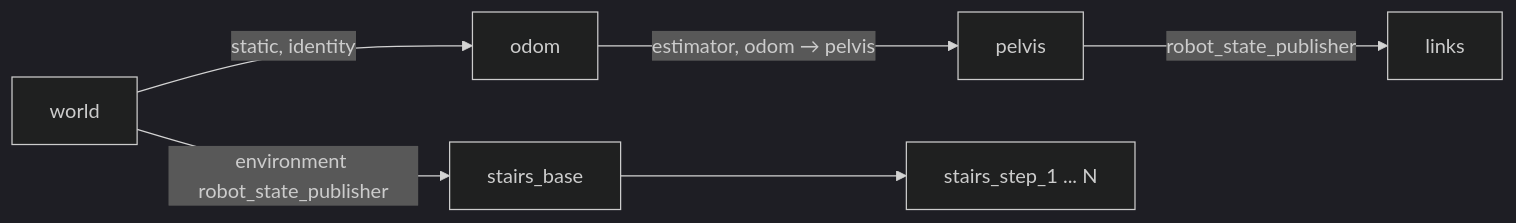
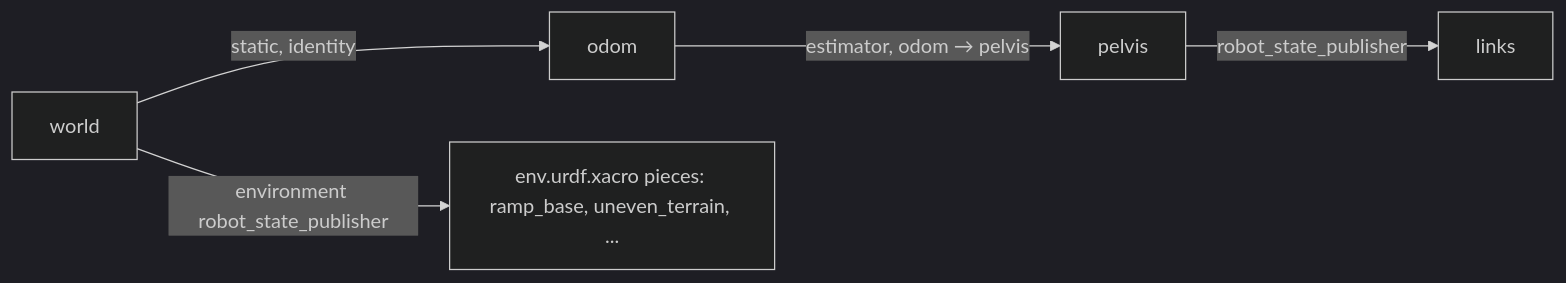
The diagram in README.md (wei-hsuan-cheng/legged_robot_mpc_controller), drawn with Mermaid (dark theme) before and after one commit. The commit also changed other lines of this file and 14 other files, not shown here.

First line of the commit message:
FEAT: unified RViz environment in env.urdf.xacro

````diff
--- a/README.md
+++ b/README.md
@@ -307,10 +306,9 @@
 ```mermaid
 flowchart LR
     world -->|"static, identity"| odom
     odom -->|"estimator, odom → pelvis"| pelvis
     pelvis -->|"robot_state_publisher"| links
 
-    world -->|"environment robot_state_publisher"| stairs_base
-    stairs_base --> stairs_steps["stairs_step_1 ... N"]
+    world -->|"environment robot_state_publisher"| pieces["env.urdf.xacro pieces: ramp_base, uneven_terrain, ..."]
 
 ```
````
